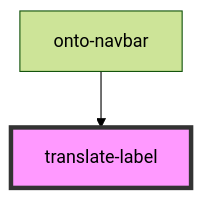
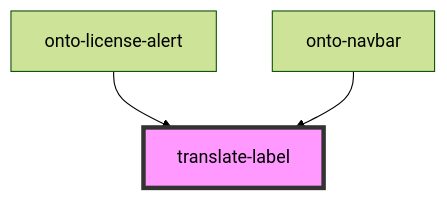
One commit to Ontotext-AD/graphdb-workbench changed the diagram in packages/shared-components/src/components/translate-label/readme.md. Above: the diagram before and after it, drawn with Mermaid (forest theme). The commit also changed other lines of this file and 42 other files, not shown here.

First line of the commit message:
Migrate license alert component

````diff
--- a/packages/shared-components/src/components/translate-label/readme.md
+++ b/packages/shared-components/src/components/translate-label/readme.md
@@ -34,5 +35,6 @@
 ```mermaid
 graph TD;
+  onto-license-alert --> translate-label
   onto-navbar --> translate-label
   style translate-label fill:#f9f,stroke:#333,stroke-width:4px
 ```
````
